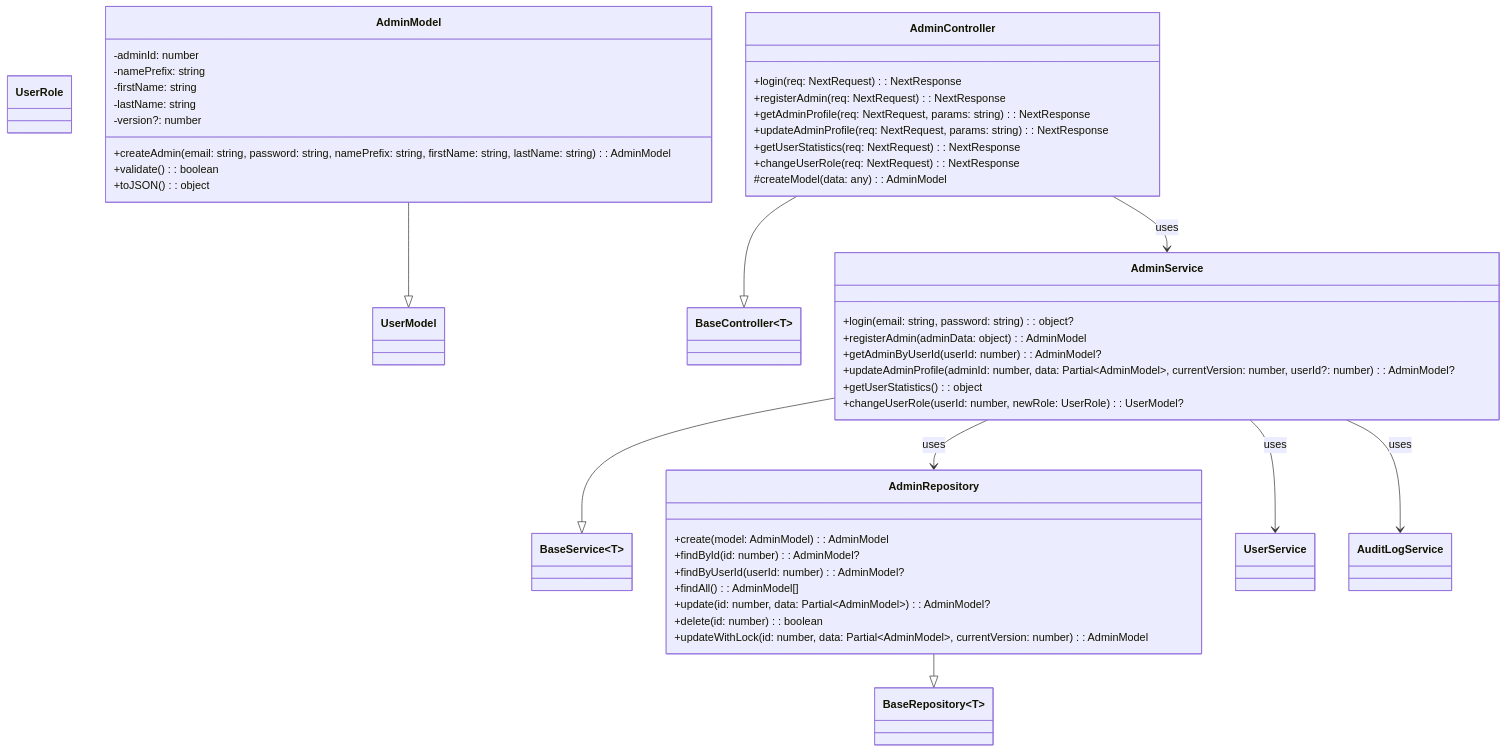
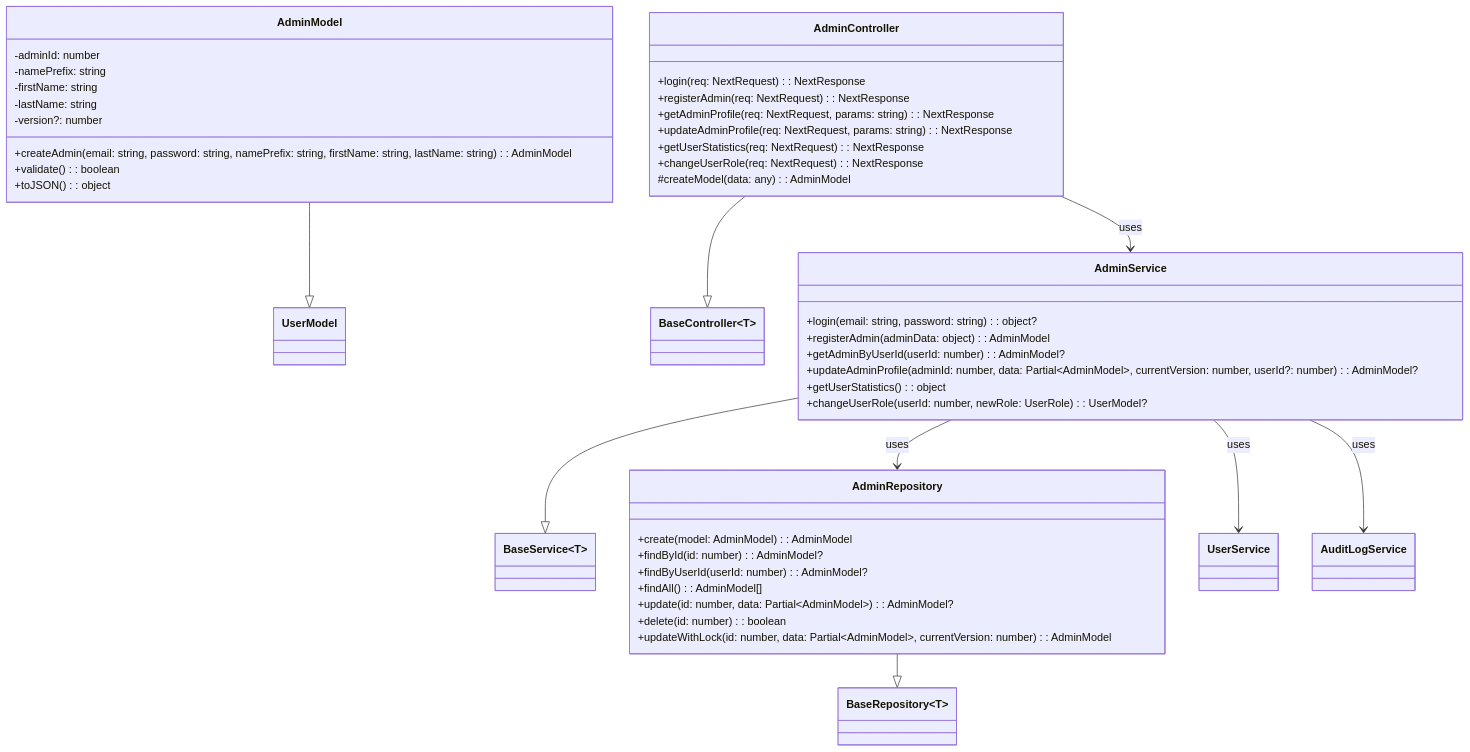
One commit to Asteriskzkx/gap-is-wa changed the diagram in UML/classDiagram/admin.md. Above: the diagram before and after it, drawn with Mermaid.

Commit message:
fix: modify admin classDiagram

````diff
--- a/UML/classDiagram/admin.md
+++ b/UML/classDiagram/admin.md
@@ -3,61 +3,60 @@
 ```mermaid
 classDiagram
 
 class BaseController~T~
 class BaseService~T~
 class BaseRepository~T~
 class UserModel
 class UserService
 class AuditLogService
-class UserRole
 
 class AdminModel {
   -adminId: number
   -namePrefix: string
   -firstName: string
   -lastName: string
   -version?: number
   +createAdmin(email: string, password: string, namePrefix: string, firstName: string, lastName: string): AdminModel
   +validate(): boolean
   +toJSON(): object
 }
 
 class AdminRepository {
   +create(model: AdminModel): AdminModel
   +findById(id: number): AdminModel?
   +findByUserId(userId: number): AdminModel?
   +findAll(): AdminModel[]
   +update(id: number, data: Partial~AdminModel~): AdminModel?
   +delete(id: number): boolean
   +updateWithLock(id: number, data: Partial~AdminModel~, currentVersion: number): AdminModel
 }
 
 class AdminService {
   +login(email: string, password: string): object?
   +registerAdmin(adminData: object): AdminModel
   +getAdminByUserId(userId: number): AdminModel?
   +updateAdminProfile(adminId: number, data: Partial~AdminModel~, currentVersion: number, userId?: number): AdminModel?
   +getUserStatistics(): object
   +changeUserRole(userId: number, newRole: UserRole): UserModel?
 }
 
 class AdminController {
   +login(req: NextRequest): NextResponse
   +registerAdmin(req: NextRequest): NextResponse
   +getAdminProfile(req: NextRequest, params: string): NextResponse
   +updateAdminProfile(req: NextRequest, params: string): NextResponse
   +getUserStatistics(req: NextRequest): NextResponse
   +changeUserRole(req: NextRequest): NextResponse
   #createModel(data: any): AdminModel
 }
 
 AdminModel --|> UserModel
 AdminRepository --|> BaseRepository~AdminModel~
 AdminService --|> BaseService~AdminModel~
 AdminController --|> BaseController~AdminModel~
 
 AdminController --> AdminService : uses
 AdminService --> AdminRepository : uses
 AdminService --> UserService : uses
 AdminService --> AuditLogService : uses
 ```
````
